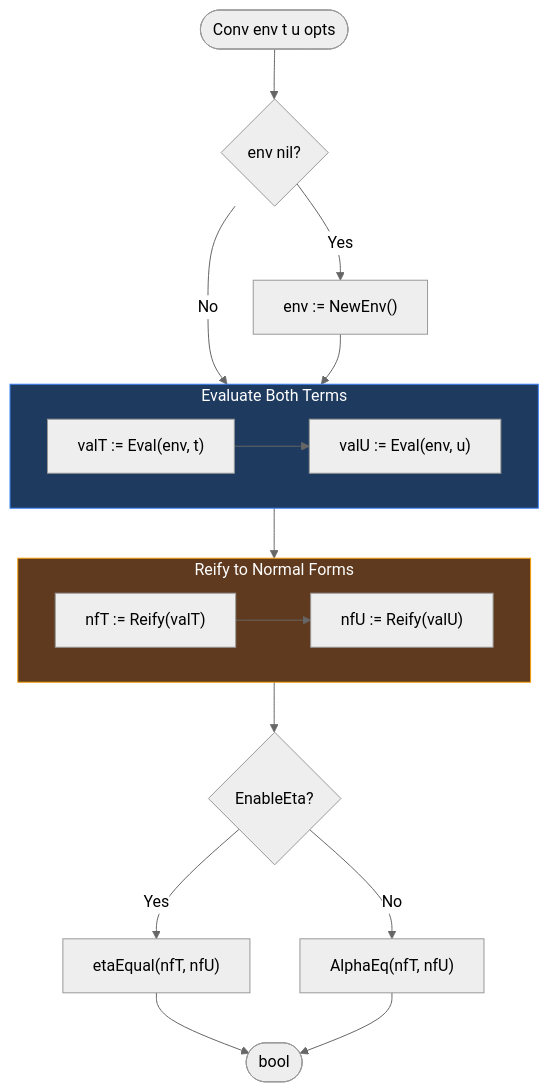
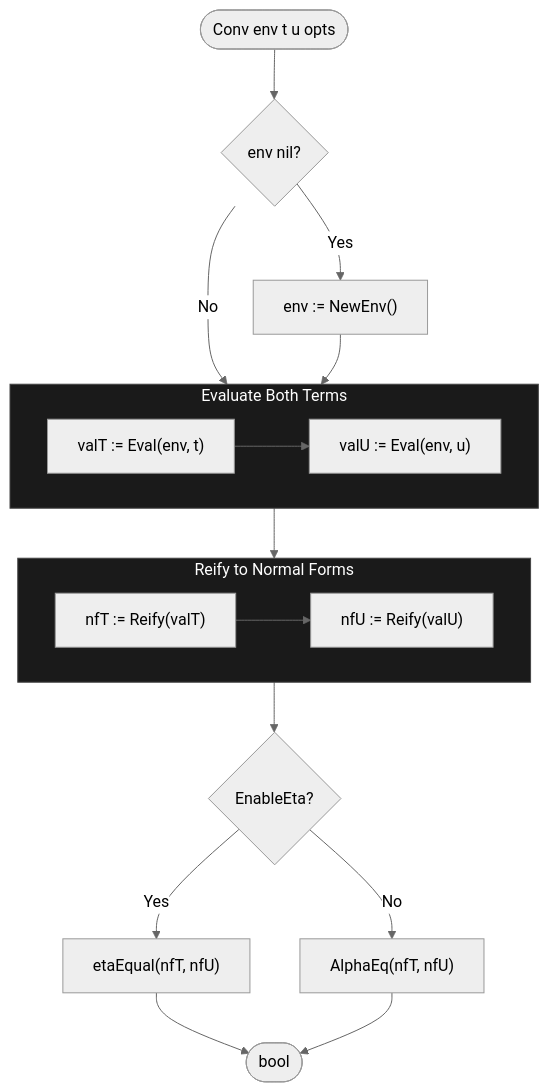
One commit to watchthelight/HypergraphGo changed diagram 17 of 23 in DIAGRAMS.md. Above: the diagram before and after it, drawn with Mermaid (neutral theme). The commit also changed other lines of this file, not shown here.

First line of the commit message:
docs(diagrams): use uniform dark color scheme

````diff
--- a/DIAGRAMS.md
+++ b/DIAGRAMS.md
@@ -1164,32 +1164,32 @@
 ```mermaid
 flowchart TB
     Start([Conv env t u opts]) --> EnvCheck{env nil?}
     EnvCheck -->|Yes| CreateEnv["env := NewEnv()"]
     EnvCheck -->|No| EvalBoth
     CreateEnv --> EvalBoth
 
     subgraph EvalBoth["Evaluate Both Terms"]
         E1["valT := Eval(env, t)"]
         E2["valU := Eval(env, u)"]
         E1 --> E2
     end
 
     EvalBoth --> Reify
 
     subgraph Reify["Reify to Normal Forms"]
         R1["nfT := Reify(valT)"]
         R2["nfU := Reify(valU)"]
         R1 --> R2
     end
 
     Reify --> EtaCheck{EnableEta?}
 
     EtaCheck -->|Yes| EtaEqual["etaEqual(nfT, nfU)"]
     EtaCheck -->|No| AlphaEq["AlphaEq(nfT, nfU)"]
 
     EtaEqual --> Result([bool])
     AlphaEq --> Result
 
-    style EvalBoth fill:#1e3a5f,stroke:#3b82f6,color:#fff
-    style Reify fill:#5f3a1e,stroke:#f59e0b,color:#fff
+    style EvalBoth fill:#1a1a1a,stroke:#444,color:#fff
+    style Reify fill:#1a1a1a,stroke:#444,color:#fff
 ```
````
